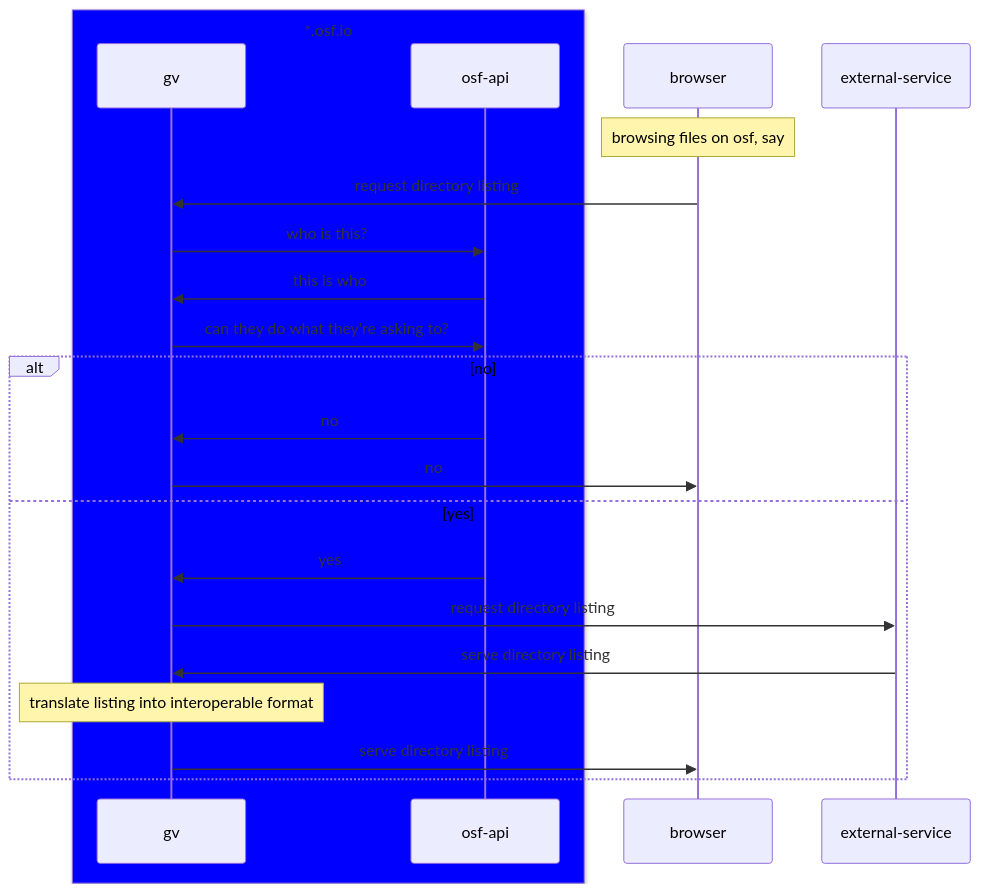
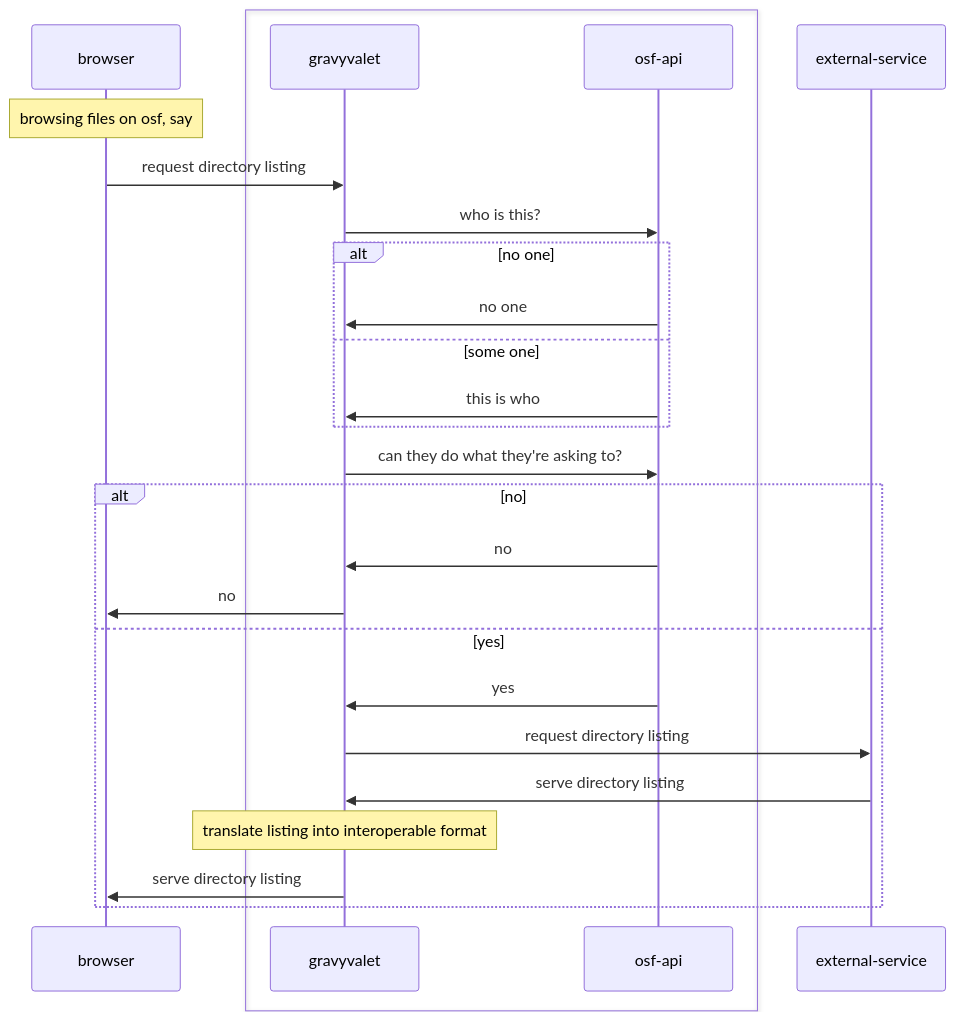
The first of 2 diagrams in _TODO.md (sh-andriy/gravyvalet), drawn with Mermaid before and after one commit. The commit also changed other lines of this file, not shown here.

````diff
--- a/_TODO.md
+++ b/_TODO.md
@@ -22,22 +13,27 @@
 ```mermaid
 sequenceDiagram
-    Box Blue *.osf.io
-        participant gv
+    participant browser
+    Box #badbee *.osf.io
+        participant gravyvalet
         participant osf-api
     end
     Note over browser: browsing files on osf, say
-    browser->>gv: request directory listing
-    gv->>osf-api: who is this?
-    osf-api->>gv: this is who
-    gv->>osf-api: can they do what they're asking to?
+    browser->>gravyvalet: request directory listing
+    gravyvalet->>osf-api: who is this?
+    alt no one
+        osf-api->>gravyvalet: no one
+    else some one
+        osf-api->>gravyvalet: this is who
+    end
+    gravyvalet->>osf-api: can they do what they're asking to?
     alt no
-        osf-api->>gv: no
-        gv->>browser: no
+        osf-api->>gravyvalet: no
+        gravyvalet->>browser: no
     else yes
-        osf-api->>gv: yes
-        gv->>external-service: request directory listing
-        external-service->>gv: serve directory listing
-        Note over gv: translate listing into interoperable format
-        gv->>browser: serve directory listing
+        osf-api->>gravyvalet: yes
+        gravyvalet->>external-service: request directory listing
+        external-service->>gravyvalet: serve directory listing
+        Note over gravyvalet: translate listing into interoperable format
+        gravyvalet->>browser: serve directory listing
     end
 ```
````
